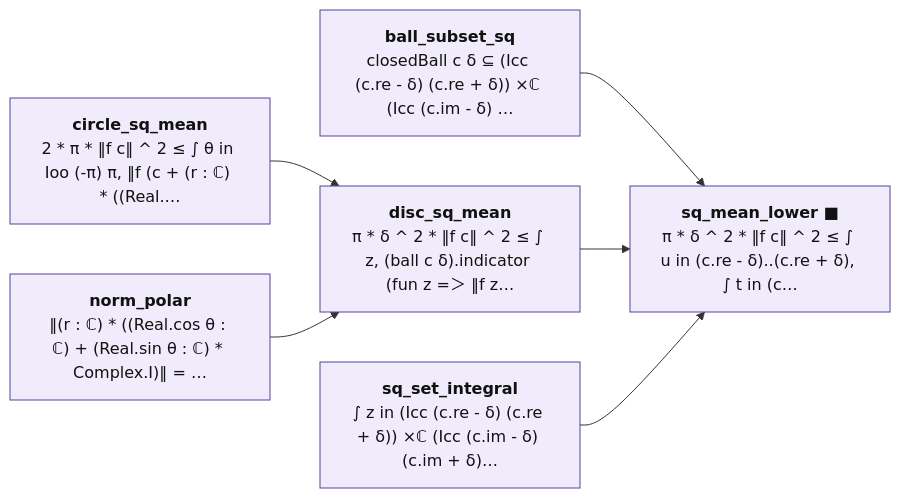
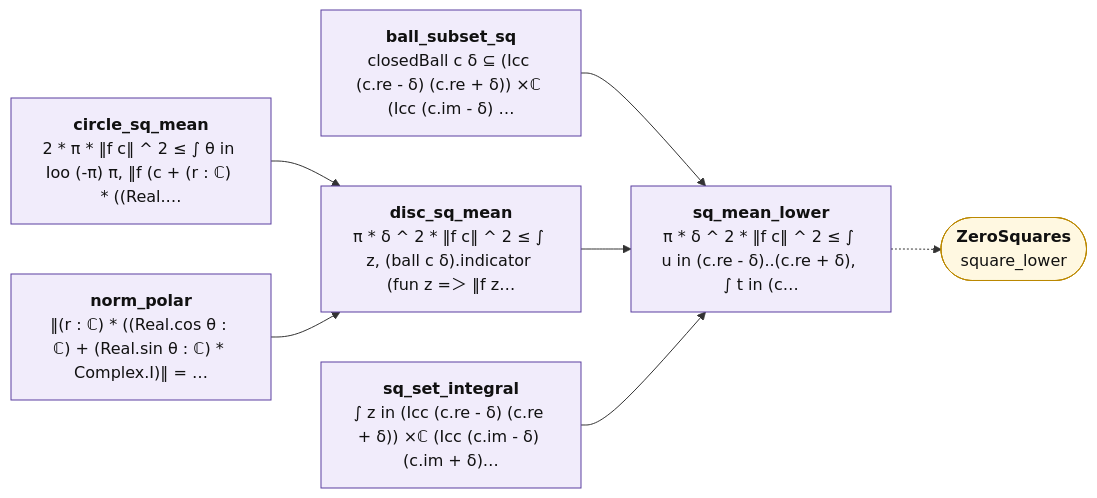
Before and after one commit to juliansambranojr/Primebeat_081426: the diagram in map/lean_stage3/SquareMean.mmd, drawn with Mermaid. The commit also changed 31 other files, not shown here.

First line of the commit message:
C5: the number of zeros right of a line from the mean square over a strip (unit 0453)

```diff
--- a/map/lean_stage3/SquareMean.mmd
+++ b/map/lean_stage3/SquareMean.mmd
@@ -1,20 +1,22 @@
 flowchart LR
   n0["<b>circle_sq_mean</b><br/>2 * π * ‖f c‖ ^ 2 ≤ ∫ θ in Ioo (-π) π, ‖f (c + (r : ℂ) * ((Real.…"]:::shp
   n1["<b>ball_subset_sq</b><br/>closedBall c δ ⊆ (Icc (c.re - δ) (c.re + δ)) ×ℂ (Icc (c.im - δ) …"]:::shp
   n2["<b>norm_polar</b><br/>‖(r : ℂ) * ((Real.cos θ : ℂ) + (Real.sin θ : ℂ) * Complex.I)‖ = …"]:::shp
   n3["<b>disc_sq_mean</b><br/>π * δ ^ 2 * ‖f c‖ ^ 2 ≤ ∫ z, (ball c δ).indicator (fun z =＞ ‖f z…"]:::shp
   n4["<b>sq_set_integral</b><br/>∫ z in (Icc (c.re - δ) (c.re + δ)) ×ℂ (Icc (c.im - δ) (c.im + δ)…"]:::shp
-  n5["<b>sq_mean_lower ■</b><br/>π * δ ^ 2 * ‖f c‖ ^ 2 ≤ ∫ u in (c.re - δ)..(c.re + δ), ∫ t in (c…"]:::shp
+  n5["<b>sq_mean_lower</b><br/>π * δ ^ 2 * ‖f c‖ ^ 2 ≤ ∫ u in (c.re - δ)..(c.re + δ), ∫ t in (c…"]:::shp
+  x0(["<b>ZeroSquares</b><br/>square_lower"]):::ext
   n0 --> n3
   n1 --> n5
   n2 --> n3
   n3 --> n5
   n4 --> n5
+  n5 -.-> x0
   classDef cnt fill:#dff5ec,stroke:#17694a,color:#111
   classDef shp fill:#f1ecfb,stroke:#5b3fa0,color:#111
   classDef rh fill:#ffe5e5,stroke:#c22,color:#111,stroke-width:2px
   classDef thm fill:#eef4ff,stroke:#335,color:#111
   classDef end_ fill:#e7f7e7,stroke:#2a7,color:#111,stroke-width:2px
   classDef lone fill:#fff,stroke:#999,color:#111,stroke-dasharray:4 3
   classDef bad fill:#ffe5e5,stroke:#c22,color:#111,stroke-width:2px
   classDef ext fill:#fff8e1,stroke:#b80,color:#111
```
